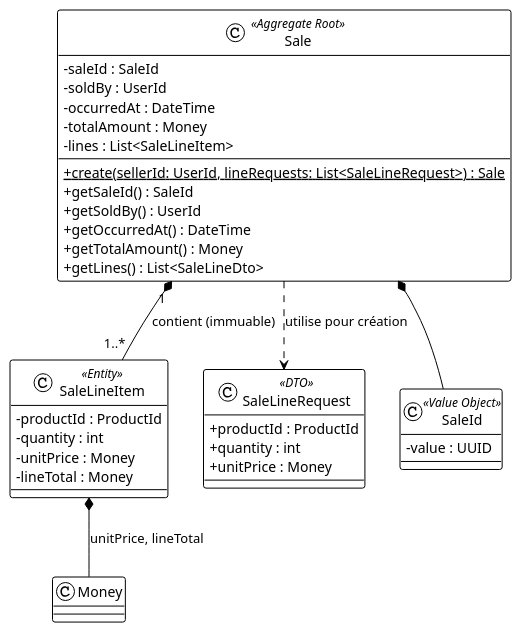
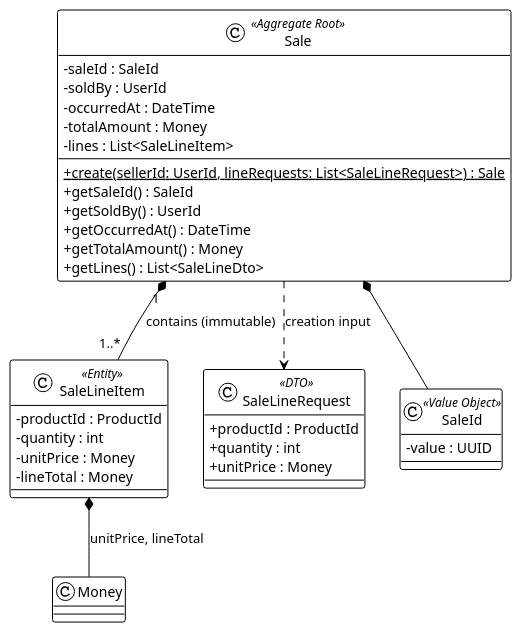
The first of 2 diagrams in antora-docs/modules/domain/pages/aggregate-sale.adoc (aliCheikCheikh/auto-stock-management), drawn with PlantUML before and after one commit. The commit also changed other lines of this file and 542 other files, not shown here.

```diff
--- a/antora-docs/modules/domain/pages/aggregate-sale.adoc
+++ b/antora-docs/modules/domain/pages/aggregate-sale.adoc
@@ -16,47 +18,47 @@
 [plantuml]
 ----
 @startuml
 !theme plain
 skinparam backgroundColor transparent
 skinparam classAttributeIconSize 0
 
 class Sale <<Aggregate Root>> {
   - saleId : SaleId
   - soldBy : UserId
   - occurredAt : DateTime
   - totalAmount : Money
   - lines : List<SaleLineItem>
   --
   + {static} create(sellerId: UserId, lineRequests: List<SaleLineRequest>) : Sale
   + getSaleId() : SaleId
   + getSoldBy() : UserId
   + getOccurredAt() : DateTime
   + getTotalAmount() : Money
   + getLines() : List<SaleLineDto>
 }
 
 class SaleLineItem <<Entity>> {
   - productId : ProductId
   - quantity : int
   - unitPrice : Money
   - lineTotal : Money
   --
 }
 
 class SaleLineRequest <<DTO>> {
   + productId : ProductId
   + quantity : int
   + unitPrice : Money
 }
 
 class SaleId <<Value Object>> {
   - value : UUID
 }
 
 Sale *-- SaleId
-Sale "1" *-- "1..*" SaleLineItem : contient (immuable)
+Sale "1" *-- "1..*" SaleLineItem : contains (immutable)
 SaleLineItem *-- Money : unitPrice, lineTotal
-Sale ..> SaleLineRequest : utilise pour création
+Sale ..> SaleLineRequest : creation input
 
 @enduml
 ----
```
